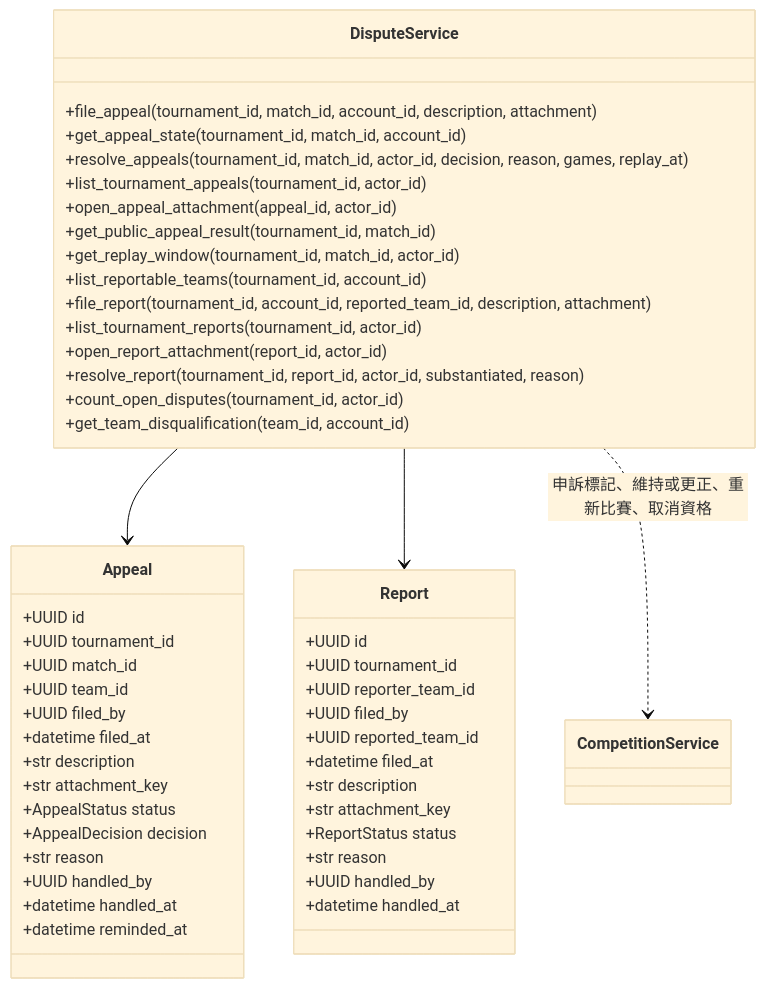
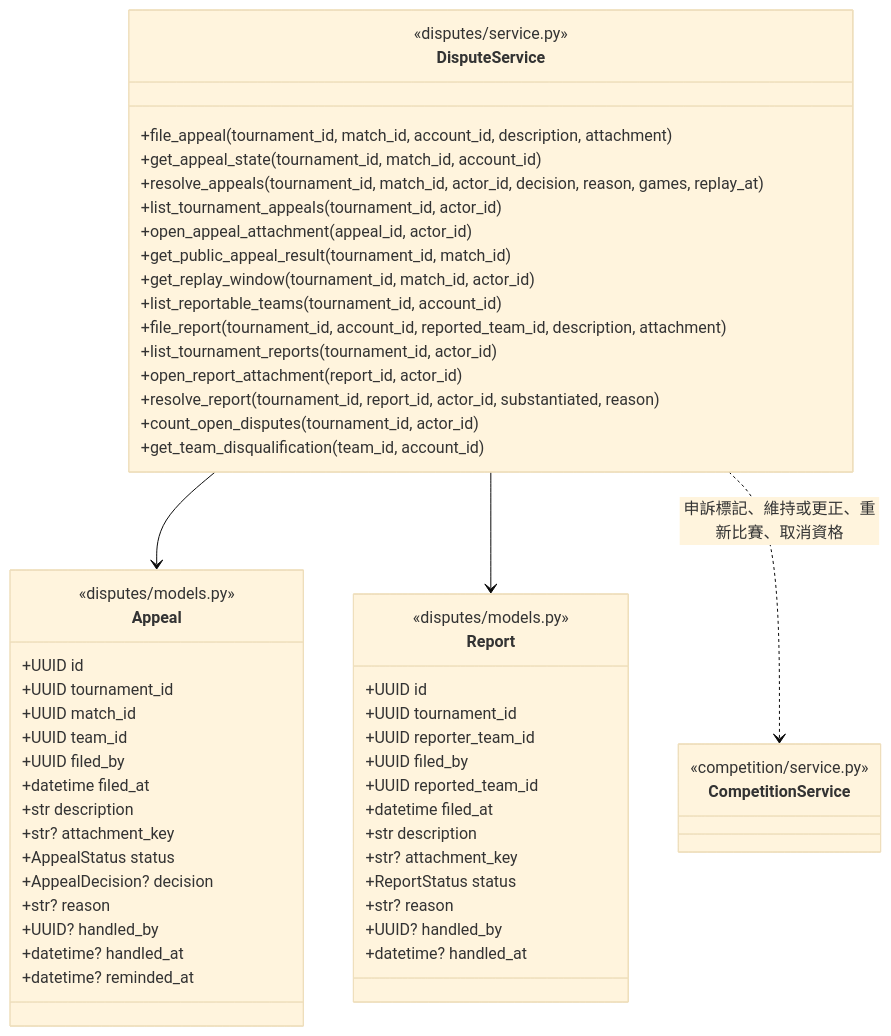
One commit to Team14good/esport-platform changed diagram 13 of 15 in docs/midterm/D-物件設計文件.md. Above: the diagram before and after it, drawn with Mermaid (base theme). The commit also changed other lines of this file and 27 other files, not shown here.

First line of the commit message:
docs: B、C、D 其餘的圖全部對照程式標註 (#92)

````diff
--- a/docs/midterm/D-物件設計文件.md
+++ b/docs/midterm/D-物件設計文件.md
@@ -666,53 +711,58 @@
 ```mermaid
 classDiagram
   class Appeal {
+    <<disputes/models.py>>
     +UUID id
     +UUID tournament_id
     +UUID match_id
     +UUID team_id
     +UUID filed_by
     +datetime filed_at
     +str description
-    +str attachment_key
+    +str? attachment_key
     +AppealStatus status
-    +AppealDecision decision
-    +str reason
-    +UUID handled_by
-    +datetime handled_at
-    +datetime reminded_at
+    +AppealDecision? decision
+    +str? reason
+    +UUID? handled_by
+    +datetime? handled_at
+    +datetime? reminded_at
   }
   class Report {
+    <<disputes/models.py>>
     +UUID id
     +UUID tournament_id
     +UUID reporter_team_id
     +UUID filed_by
     +UUID reported_team_id
     +datetime filed_at
     +str description
-    +str attachment_key
+    +str? attachment_key
     +ReportStatus status
-    +str reason
-    +UUID handled_by
-    +datetime handled_at
+    +str? reason
+    +UUID? handled_by
+    +datetime? handled_at
   }
   class DisputeService {
+    <<disputes/service.py>>
     +file_appeal(tournament_id, match_id, account_id, description, attachment)
     +get_appeal_state(tournament_id, match_id, account_id)
     +resolve_appeals(tournament_id, match_id, actor_id, decision, reason, games, replay_at)
     +list_tournament_appeals(tournament_id, actor_id)
     +open_appeal_attachment(appeal_id, actor_id)
     +get_public_appeal_result(tournament_id, match_id)
     +get_replay_window(tournament_id, match_id, actor_id)
     +list_reportable_teams(tournament_id, account_id)
     +file_report(tournament_id, account_id, reported_team_id, description, attachment)
     +list_tournament_reports(tournament_id, actor_id)
     +open_report_attachment(report_id, actor_id)
     +resolve_report(tournament_id, report_id, actor_id, substantiated, reason)
     +count_open_disputes(tournament_id, actor_id)
     +get_team_disqualification(team_id, account_id)
   }
-  class CompetitionService
+  class CompetitionService {
+    <<competition/service.py>>
+  }
   DisputeService --> Appeal
   DisputeService --> Report
   DisputeService ..> CompetitionService : 申訴標記、維持或更正、重新比賽、取消資格
 ```
````
